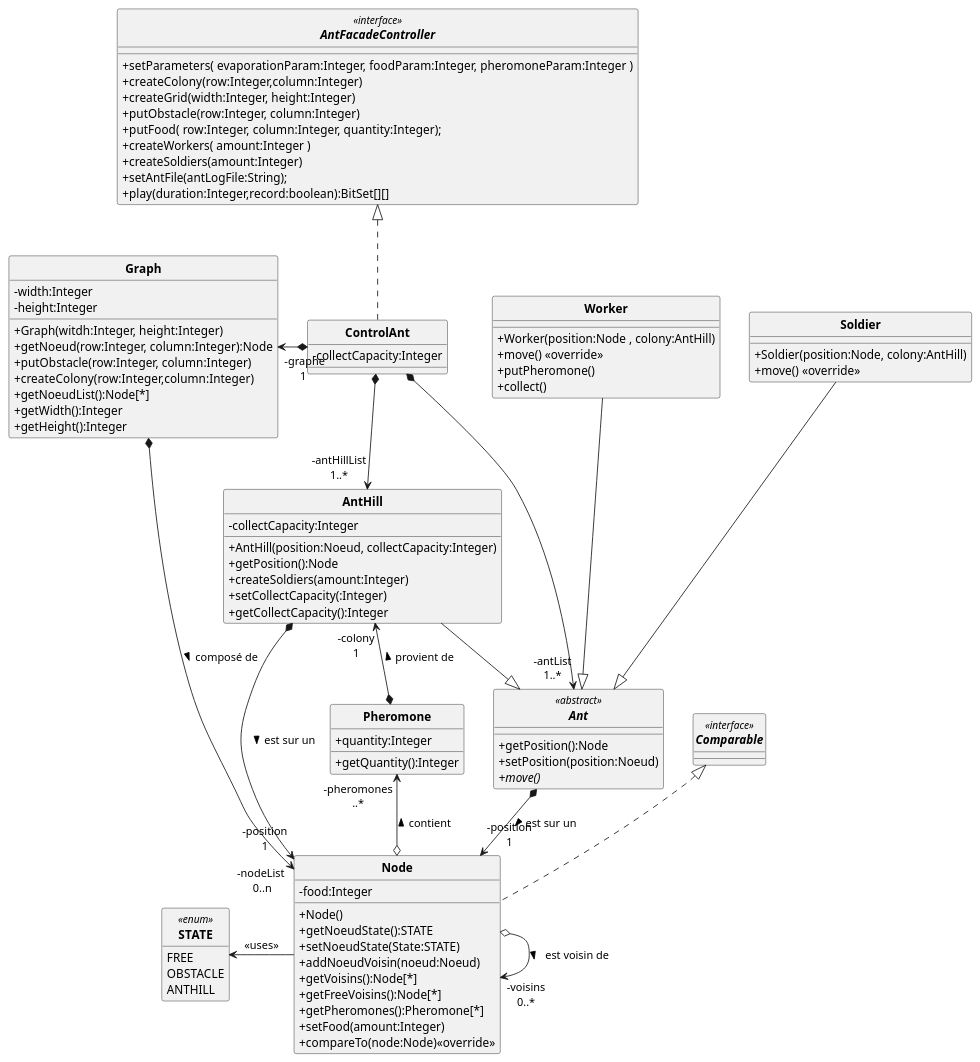
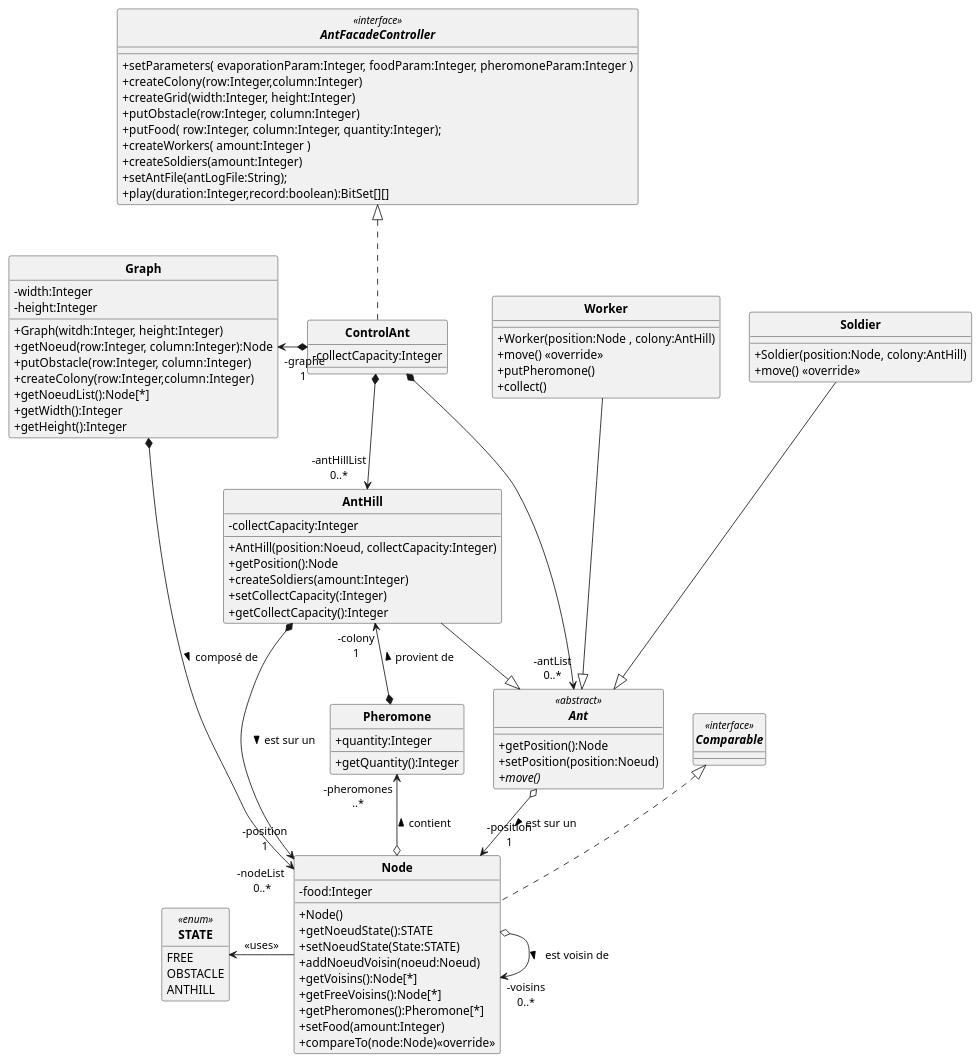
Before and after one commit to ErenMustafaGit/ColonieFourmis: the diagram in src/main/uml/Fourmis_DC.puml, drawn with PlantUML.

Commit message:
Changement en rapport avec les commentaires du prof

```diff
--- a/src/main/uml/Fourmis_DC.puml
+++ b/src/main/uml/Fourmis_DC.puml
@@ -1,125 +1,125 @@
 @startuml
 'https://plantuml.com/sequence-diagram
 allow_mixing
 skinparam style strictuml
 skinparam classAttributeIconSize 0
 skinparam circledCharacterRadius 0
 skinparam circledCharacterFontSize 0
 skinparam classFontStyle Bold
 'autonumber
 hide enum methods
 
 'Controleur
 interface AntFacadeController <<interface>> {
     +setParameters( evaporationParam:Integer, foodParam:Integer, pheromoneParam:Integer )
     +createColony(row:Integer,column:Integer)
     +createGrid(width:Integer, height:Integer)
     +putObstacle(row:Integer, column:Integer)
     +putFood( row:Integer, column:Integer, quantity:Integer);
     +createWorkers( amount:Integer )
     +createSoldiers(amount:Integer)
     +setAntFile(antLogFile:String);
     +play(duration:Integer,record:boolean):BitSet[][]
 }
 
 class Node implements Comparable{
     -food:Integer
     +Node()
     +getNoeudState():STATE
     +setNoeudState(State:STATE)
     +addNoeudVoisin(noeud:Noeud)
     +getVoisins():Node[*]
     +getFreeVoisins():Node[*]
     +getPheromones():Pheromone[*]
     +setFood(amount:Integer)
     +compareTo(node:Node)<<override>>
 }
 
 interface Comparable <<interface>>{
 
 }
 
 enum STATE <<enum>> {
     FREE
     OBSTACLE
     ANTHILL
 }
 
 'class Food{
 '    -amount:Integer
 '    +Food()
 '}
 class Pheromone{
     +quantity:Integer
     +getQuantity():Integer
 }
 
 
 abstract Ant <<abstract>> {
     +getPosition():Node
     +setPosition(position:Noeud)
     {abstract} +move()
 }
 class AntHill{
     -collectCapacity:Integer
     +AntHill(position:Noeud, collectCapacity:Integer)
     +getPosition():Node
     +createSoldiers(amount:Integer)
     +setCollectCapacity(:Integer)
     +getCollectCapacity():Integer
 }
 class Soldier{
     +Soldier(position:Node, colony:AntHill)
     +move() <<override>>
 }
 
 class Worker {
     +Worker(position:Node , colony:AntHill)
     +move() <<override>>
     +putPheromone()
     +collect()
 }
 
 
 class ControlAnt implements AntFacadeController{
     -collectCapacity:Integer
 }
 
 
 class Graph{
  -width:Integer
  -height:Integer
  +Graph(witdh:Integer, height:Integer)
  +getNoeud(row:Integer, column:Integer):Node
  +putObstacle(row:Integer, column:Integer)
  +createColony(row:Integer,column:Integer)
  +getNoeudList():Node[*]
  +getWidth():Integer
  +getHeight():Integer
 }
 
 
 Soldier ---|> Ant
 Worker ---|> Ant
 AntHill --|> Ant
 
 ControlAnt "-graphe\n1 " *-l-> Graph
-ControlAnt  *-r-> "-antList\n1..*" Ant
-ControlAnt  *--> "-antHillList\n1..*" AntHill
+ControlAnt  *-r-> "-antList\n0..*" Ant
+ControlAnt  *--> "-antHillList\n0..*" AntHill
 
-Graph *-r-> "-nodeList \n0..n" Node : composé de >
+Graph *-r-> "-nodeList \n0..*" Node : composé de >
 
 'historique = liste de noeud déjà passé par la fourmi
 '"-position 1\n-historique 0..*"
-Ant *--> "-position\n1" Node  : est sur un >
+Ant o--> "-position\n1" Node  : est sur un >
 AntHill *---> "-position\n1" Node  : est sur un >
 Node o-> "-voisins\n0..*"  Node  : est voisin de >
 
 Node -l-> STATE : <<uses>>
 
 'Ant *-> "-colony\n1" AntHill : provient de >
 Pheromone *-u-> "-colony\n1" AntHill : provient de >
 Node o-u-> "-pheromones\n..*" Pheromone : contient >
 
 
 @enduml
```
